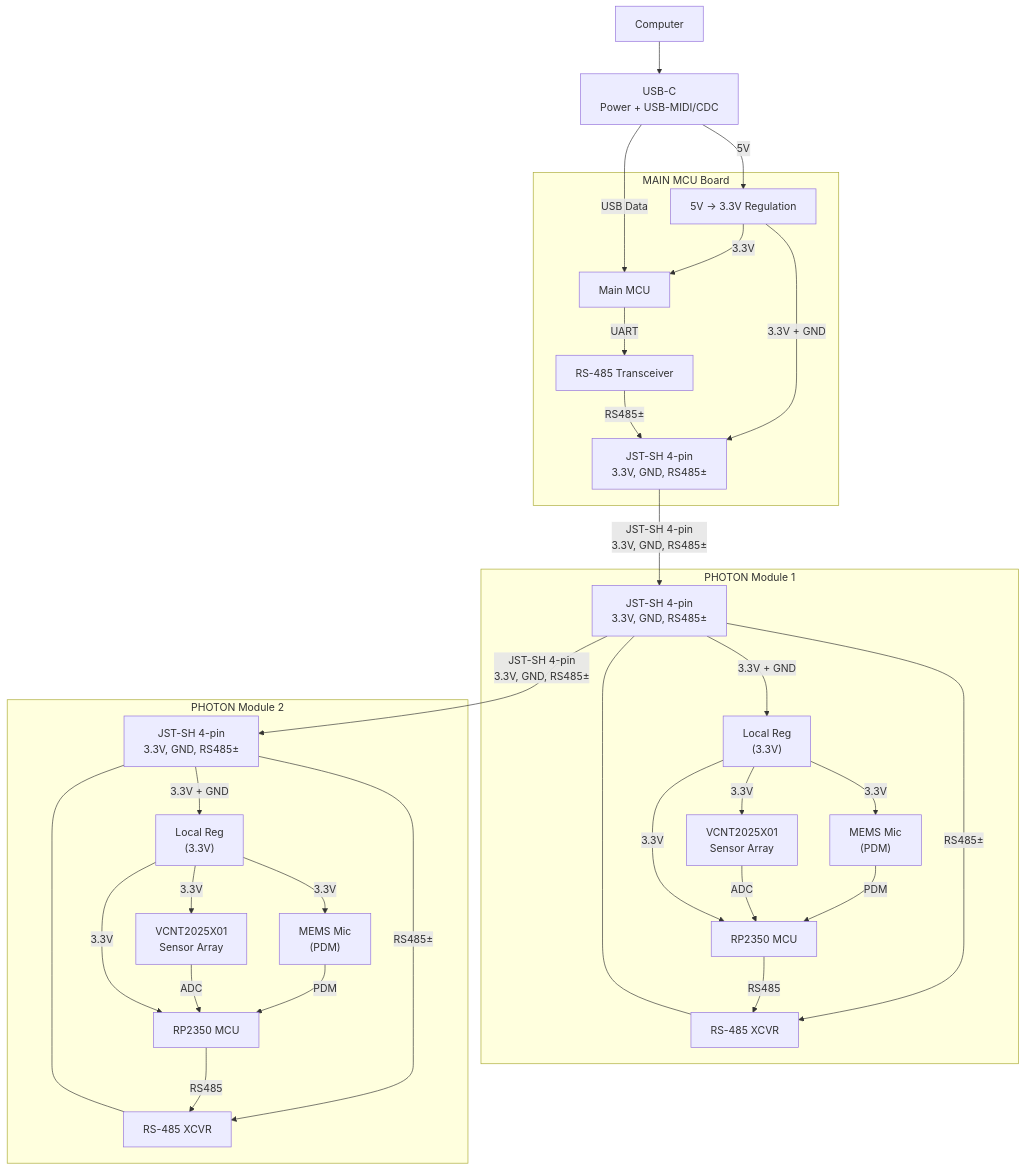
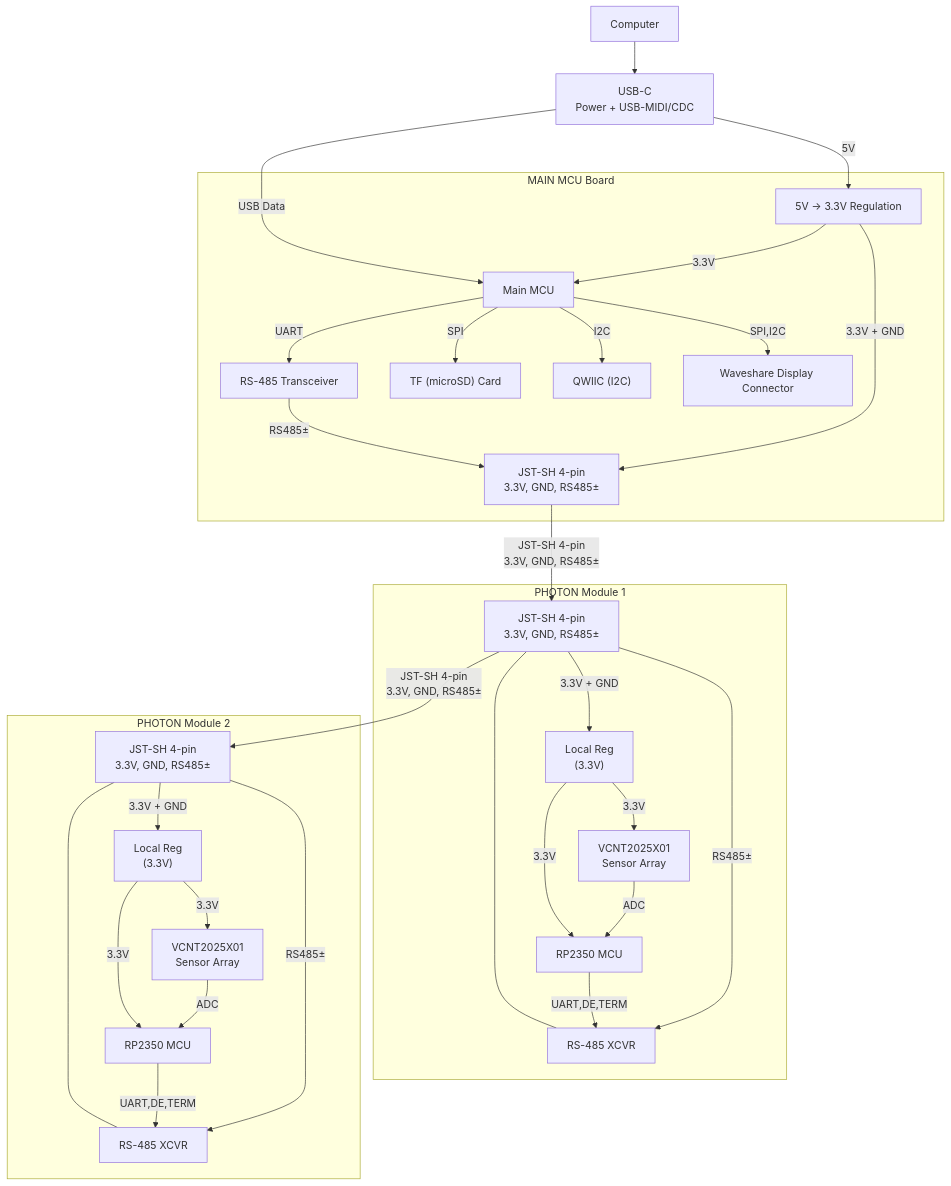
One commit to w4iei/PHOTON changed the diagram in README.md. Above: the diagram before and after it, drawn with Mermaid. The commit also changed other lines of this file and 2 other files, not shown here.

````diff
--- a/README.md
+++ b/README.md
@@ -88,6 +64,9 @@
     MAIN_REG["5V -> 3.3V Regulation"]
     JST_MAIN["JST-SH 4-pin<br/>3.3V, GND, RS485±"]
     RS485A["RS-485 Transceiver"]
+    SD["TF (microSD) Card"]
+    QWIIC["QWIIC (I2C)"]
+    DISP["Waveshare Display Connector"]
   end
 
   PC --> USB
@@ -98,6 +77,9 @@
   MAIN_REG -- "3.3V + GND" --> JST_MAIN
   MAIN_MCU -- "UART" --> RS485A
   RS485A -- "RS485±" --> JST_MAIN
+  MAIN_MCU -- "SPI" --> SD
+  MAIN_MCU -- "I2C" --> QWIIC
+  MAIN_MCU -- "SPI,I2C" --> DISP
 
   %% =========================
   %% PHOTON MODULE 1
@@ -109,7 +91,6 @@
     REG1["Local Reg<br/>(3.3V)"]
     RP1["RP2350 MCU"]
     A1["VCNT2025X01<br/>Sensor Array"]
-    MEMS1["MEMS Mic<br/>(PDM)"]
   end
 
   %% =========================
@@ -122,7 +103,6 @@
     REG2["Local Reg<br/>(3.3V)"]
     RP2["RP2350 MCU"]
     A2["VCNT2025X01<br/>Sensor Array"]
-    MEMS2["MEMS Mic<br/>(PDM)"]
   end
 
   %% =========================
@@ -153,20 +133,15 @@
 
   REG1 -- "3.3V" --> RP1
   REG1 -- "3.3V" --> A1
-  REG1 -- "3.3V" --> MEMS1
   A1 -- "ADC" --> RP1
-  MEMS1 -- "PDM" --> RP1
-
   REG2 -- "3.3V" --> RP2
   REG2 -- "3.3V" --> A2
-  REG2 -- "3.3V" --> MEMS2
   A2 -- "ADC" --> RP2
-  MEMS2 -- "PDM" --> RP2
 
   %% =========================
   %% DATA FLOW UPSTREAM
   %% =========================
 
-  RP1 -- "RS485" --> RS485_1
-  RP2 -- "RS485" --> RS485_2
+  RP1 -- "UART,DE,TERM" --> RS485_1
+  RP2 -- "UART,DE,TERM" --> RS485_2
 ```
````
